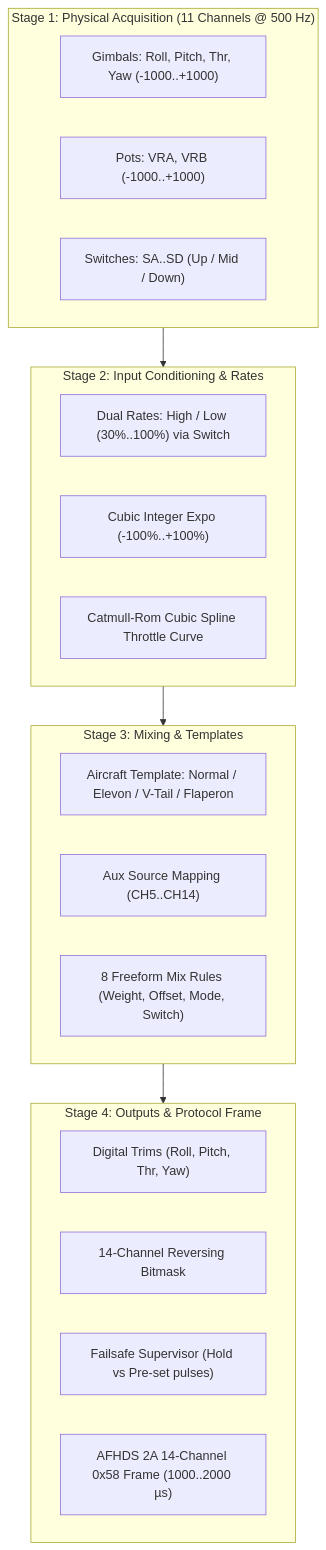
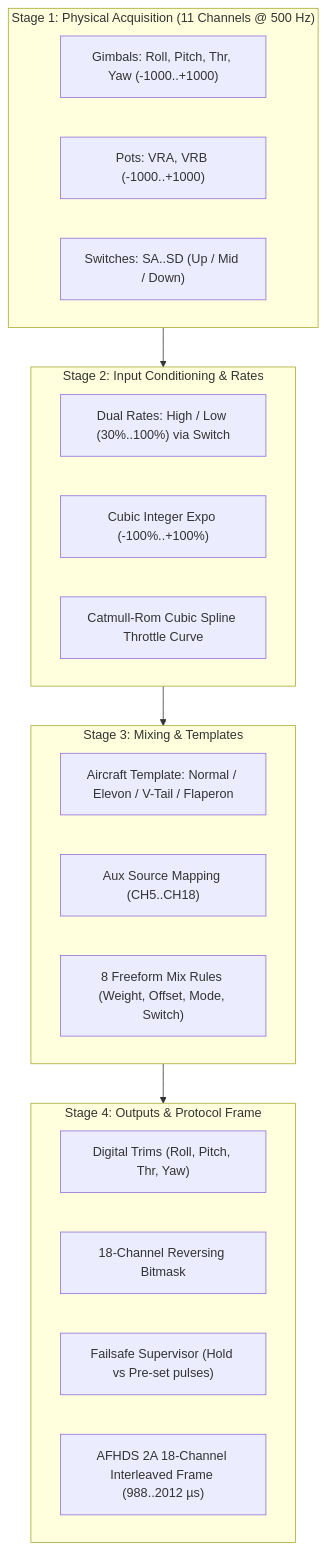
Before and after one commit to ferrox-rc/flysky-i6s-rs: the diagram in docs/MIXER.md, drawn with Mermaid. The commit also changed other lines of this file and 6 other files, not shown here.

````diff
--- a/docs/MIXER.md
+++ b/docs/MIXER.md
@@ -11,29 +11,29 @@
 ```mermaid
 flowchart TD
     subgraph S1 ["Stage 1: Physical Acquisition (11 Channels @ 500 Hz)"]
         GIM["Gimbals: Roll, Pitch, Thr, Yaw (-1000..+1000)"]
         POTS["Pots: VRA, VRB (-1000..+1000)"]
         SW["Switches: SA..SD (Up / Mid / Down)"]
     end
 
     subgraph S2 ["Stage 2: Input Conditioning & Rates"]
         DR["Dual Rates: High / Low (30%..100%) via Switch"]
         EXPO["Cubic Integer Expo (-100%..+100%)"]
         TC["Catmull-Rom Cubic Spline Throttle Curve"]
     end
 
     subgraph S3 ["Stage 3: Mixing & Templates"]
         TPL["Aircraft Template: Normal / Elevon / V-Tail / Flaperon"]
-        AUX["Aux Source Mapping (CH5..CH14)"]
+        AUX["Aux Source Mapping (CH5..CH18)"]
         MIX["8 Freeform Mix Rules (Weight, Offset, Mode, Switch)"]
     end
 
     subgraph S4 ["Stage 4: Outputs & Protocol Frame"]
         TRIM["Digital Trims (Roll, Pitch, Thr, Yaw)"]
-        REV["14-Channel Reversing Bitmask"]
+        REV["18-Channel Reversing Bitmask"]
         FAIL["Failsafe Supervisor (Hold vs Pre-set pulses)"]
-        RF["AFHDS 2A 14-Channel 0x58 Frame (1000..2000 µs)"]
+        RF["AFHDS 2A 18-Channel Interleaved Frame (988..2012 µs)"]
     end
 
     S1 --> S2 --> S3 --> S4
 ```
````
